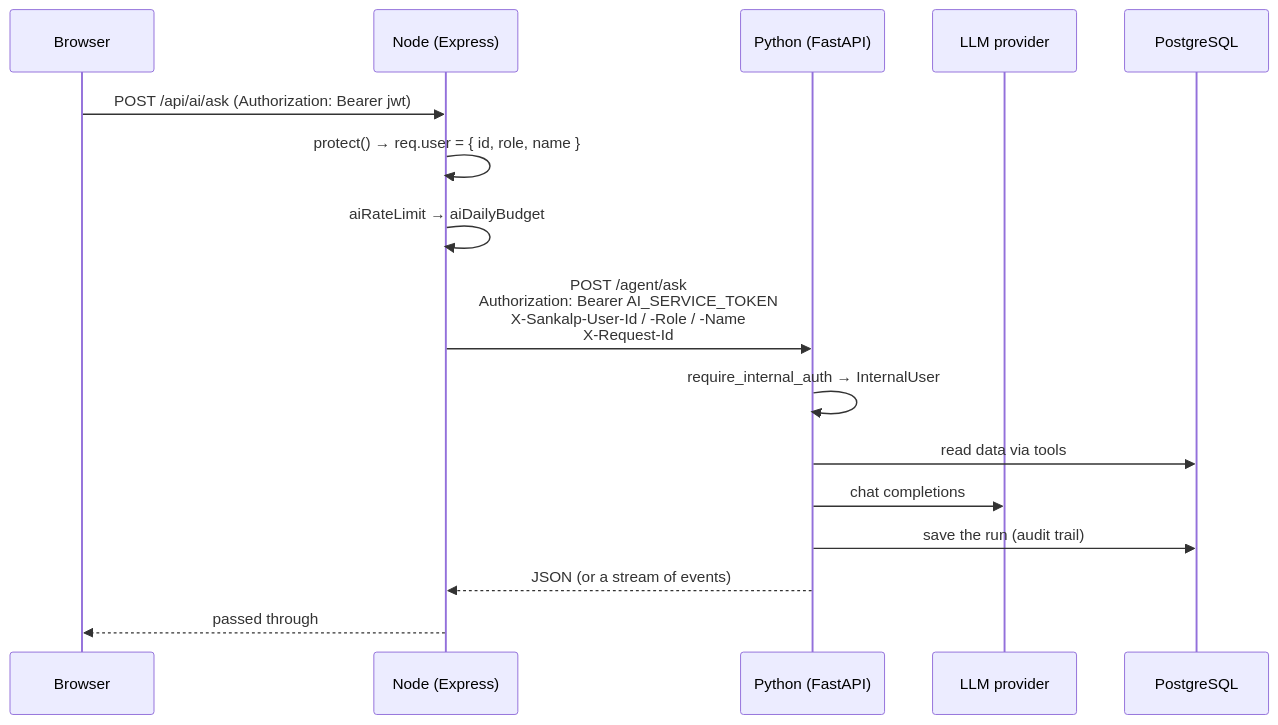
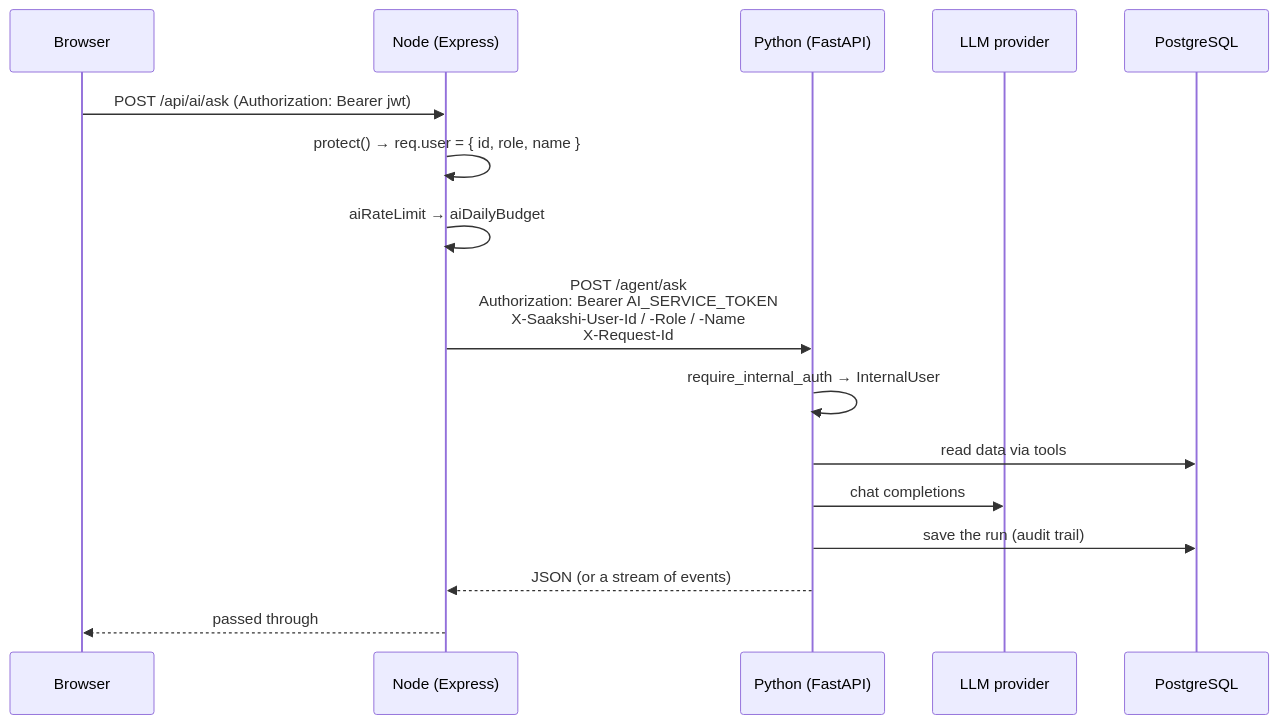
One commit to kushagragarg15/sankalp-village-project changed the second of 7 diagrams in AI_AGENTS_GUIDE.md. Above: the diagram before and after it, drawn with Mermaid. The commit also changed other lines of this file and 29 other files, not shown here.

````diff
--- a/AI_AGENTS_GUIDE.md
+++ b/AI_AGENTS_GUIDE.md
@@ -191,19 +191,19 @@
 ```mermaid
 sequenceDiagram
     participant B as Browser
     participant N as Node (Express)
     participant P as Python (FastAPI)
     participant L as LLM provider
     participant D as PostgreSQL
 
     B->>N: POST /api/ai/ask (Authorization: Bearer jwt)
     N->>N: protect() → req.user = { id, role, name }
     N->>N: aiRateLimit → aiDailyBudget
-    N->>P: POST /agent/ask<br/>Authorization: Bearer AI_SERVICE_TOKEN<br/>X-Sankalp-User-Id / -Role / -Name<br/>X-Request-Id
+    N->>P: POST /agent/ask<br/>Authorization: Bearer AI_SERVICE_TOKEN<br/>X-Saakshi-User-Id / -Role / -Name<br/>X-Request-Id
     P->>P: require_internal_auth → InternalUser
     P->>D: read data via tools
     P->>L: chat completions
     P->>D: save the run (audit trail)
     P-->>N: JSON (or a stream of events)
     N-->>B: passed through
 ```
````
